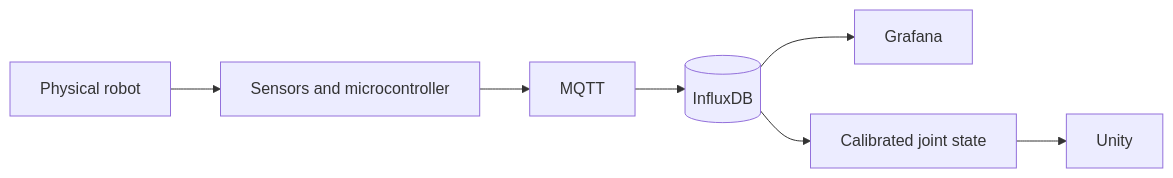
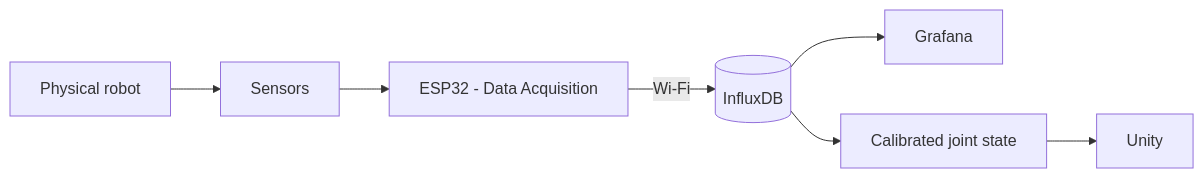
One commit to HassanAliJanjua03/Final-Year-Project changed the diagram in README.md. Above: the diagram before and after it, drawn with Mermaid. The commit also changed other lines of this file and 9 other files, not shown here.

Commit message:
Document ESP32 Wi-Fi data acquisition and add editable picture guide

````diff
--- a/README.md
+++ b/README.md
@@ -218,9 +226,9 @@
 ```mermaid
 flowchart LR
-    A["Physical robot"] --> B["Sensors and microcontroller"]
-    B --> C["MQTT"]
-    C --> D[("InfluxDB")]
+    A["Physical robot"] --> B["Sensors"]
+    B --> C["ESP32 - Data Acquisition"]
+    C -->|Wi-Fi| D[("InfluxDB")]
     D --> E["Grafana"]
     D --> F["Calibrated joint state"]
     F --> G["Unity"]
 ```
````
